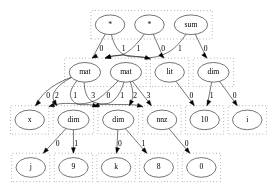
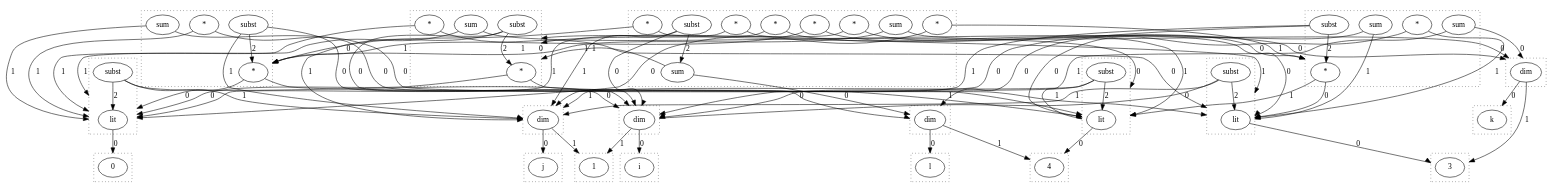
One commit to wormhole-optimization/warp changed the diagram in dots/test.dot. Above: the diagram before and after it, drawn with Graphviz. The commit also changed 9 other files, not shown here.

```diff
--- a/dots/test.dot
+++ b/dots/test.dot
@@ -1,88 +1,168 @@
 digraph {
   compound=true
   subgraph cluster_0 {
     style=dotted
     0.0[label = "i"]
   }
   subgraph cluster_1 {
     style=dotted
-    1.0[label = "10"]
+    1.0[label = "1"]
   }
   subgraph cluster_2 {
     style=dotted
     2.0[label = "dim"]
   }
   subgraph cluster_3 {
     style=dotted
-    3.0[label = "x"]
+    3.0[label = "j"]
   }
   subgraph cluster_4 {
     style=dotted
-    4.0[label = "j"]
+    4.0[label = "dim"]
   }
   subgraph cluster_5 {
     style=dotted
-    5.0[label = "9"]
+    5.0[label = "k"]
   }
   subgraph cluster_6 {
     style=dotted
-    6.0[label = "dim"]
+    6.0[label = "3"]
   }
   subgraph cluster_7 {
     style=dotted
-    7.0[label = "k"]
+    7.0[label = "dim"]
   }
   subgraph cluster_8 {
     style=dotted
-    8.0[label = "8"]
+    8.0[label = "l"]
   }
   subgraph cluster_9 {
     style=dotted
-    9.0[label = "dim"]
+    9.0[label = "4"]
   }
   subgraph cluster_10 {
     style=dotted
-    10.0[label = "0"]
+    10.0[label = "dim"]
   }
   subgraph cluster_11 {
     style=dotted
-    11.0[label = "nnz"]
-  }
-  subgraph cluster_12 {
-    style=dotted
-    12.0[label = "mat"]
-    12.1[label = "mat"]
-  }
-  subgraph cluster_13 {
-    style=dotted
-    13.0[label = "*"]
-    13.1[label = "sum"]
-    13.2[label = "*"]
+    11.0[label = "0"]
   }
   subgraph cluster_15 {
     style=dotted
-    15.0[label = "lit"]
+    15.0[label = "sum"]
+    15.1[label = "subst"]
+    15.2[label = "sum"]
+    15.3[label = "*"]
+    15.4[label = "*"]
+    15.5[label = "*"]
+    15.6[label = "*"]
+    15.7[label = "*"]
+    15.8[label = "*"]
+  }
+  subgraph cluster_24 {
+    style=dotted
+    24.0[label = "*"]
+    24.1[label = "sum"]
+    24.2[label = "subst"]
+    24.3[label = "*"]
+    24.4[label = "sum"]
+  }
+  subgraph cluster_28 {
+    style=dotted
+    28.0[label = "*"]
+    28.1[label = "sum"]
+    28.2[label = "*"]
+    28.3[label = "subst"]
+  }
+  subgraph cluster_30 {
+    style=dotted
+    30.0[label = "*"]
+    30.1[label = "sum"]
+    30.2[label = "*"]
+    30.3[label = "subst"]
+  }
+  subgraph cluster_44 {
+    style=dotted
+    44.0[label = "lit"]
+    44.1[label = "subst"]
+  }
+  subgraph cluster_46 {
+    style=dotted
+    46.0[label = "lit"]
+    46.1[label = "subst"]
+  }
+  subgraph cluster_48 {
+    style=dotted
+    48.0[label = "lit"]
+    48.1[label = "subst"]
   }
   2.0 -> 0.0 [lhead = cluster_0, label = 0]
   2.0 -> 1.0 [lhead = cluster_1, label = 1]
-  6.0 -> 4.0 [lhead = cluster_4, label = 0]
-  6.0 -> 5.0 [lhead = cluster_5, label = 1]
-  9.0 -> 7.0 [lhead = cluster_7, label = 0]
-  9.0 -> 8.0 [lhead = cluster_8, label = 1]
-  11.0 -> 10.0 [lhead = cluster_10, label = 0]
-  12.0 -> 3.0 [lhead = cluster_3, label = 0]
-  12.0 -> 9.0 [lhead = cluster_9, label = 1]
-  12.0 -> 6.0 [lhead = cluster_6, label = 2]
-  12.0 -> 11.0 [lhead = cluster_11, label = 3]
-  12.1 -> 3.0 [lhead = cluster_3, label = 0]
-  12.1 -> 6.0 [lhead = cluster_6, label = 1]
-  12.1 -> 9.0 [lhead = cluster_9, label = 2]
-  12.1 -> 11.0 [lhead = cluster_11, label = 3]
-  13.0 -> 12.0 [lhead = cluster_12, label = 0]
-  13.0 -> 15.0 [lhead = cluster_15, label = 1]
-  13.1 -> 2.0 [lhead = cluster_2, label = 0]
-  13.1 -> 12.0 [lhead = cluster_12, label = 1]
-  13.2 -> 15.0 [lhead = cluster_15, label = 0]
-  13.2 -> 12.0 [lhead = cluster_12, label = 1]
-  15.0 -> 1.0 [lhead = cluster_1, label = 0]
+  4.0 -> 3.0 [lhead = cluster_3, label = 0]
+  4.0 -> 1.0 [lhead = cluster_1, label = 1]
+  7.0 -> 5.0 [lhead = cluster_5, label = 0]
+  7.0 -> 6.0 [lhead = cluster_6, label = 1]
+  10.0 -> 8.0 [lhead = cluster_8, label = 0]
+  10.0 -> 9.0 [lhead = cluster_9, label = 1]
+  15.0 -> 10.0 [lhead = cluster_10, label = 0]
+  15.0 -> 28.0 [lhead = cluster_28, label = 1]
+  15.1 -> 2.0 [lhead = cluster_2, label = 0]
+  15.1 -> 4.0 [lhead = cluster_4, label = 1]
+  15.1 -> 15.0 [lhead = cluster_15, label = 2]
+  15.2 -> 7.0 [lhead = cluster_7, label = 0]
+  15.2 -> 30.0 [lhead = cluster_30, label = 1]
+  15.3 -> 28.0 [lhead = cluster_28, label = 0]
+  15.3 -> 44.0 [lhead = cluster_44, label = 1]
+  15.4 -> 30.0 [lhead = cluster_30, label = 0]
+  15.4 -> 46.0 [lhead = cluster_46, label = 1]
+  15.5 -> 48.0 [lhead = cluster_48, label = 0]
+  15.5 -> 24.0 [lhead = cluster_24, label = 1]
+  15.6 -> 44.0 [lhead = cluster_44, label = 0]
+  15.6 -> 28.0 [lhead = cluster_28, label = 1]
+  15.7 -> 46.0 [lhead = cluster_46, label = 0]
+  15.7 -> 30.0 [lhead = cluster_30, label = 1]
+  15.8 -> 24.0 [lhead = cluster_24, label = 0]
+  15.8 -> 48.0 [lhead = cluster_48, label = 1]
+  24.0 -> 46.0 [lhead = cluster_46, label = 0]
+  24.0 -> 44.0 [lhead = cluster_44, label = 1]
+  24.1 -> 10.0 [lhead = cluster_10, label = 0]
+  24.1 -> 46.0 [lhead = cluster_46, label = 1]
+  24.2 -> 2.0 [lhead = cluster_2, label = 0]
+  24.2 -> 4.0 [lhead = cluster_4, label = 1]
+  24.2 -> 24.0 [lhead = cluster_24, label = 2]
+  24.3 -> 44.0 [lhead = cluster_44, label = 0]
+  24.3 -> 46.0 [lhead = cluster_46, label = 1]
+  24.4 -> 7.0 [lhead = cluster_7, label = 0]
+  24.4 -> 44.0 [lhead = cluster_44, label = 1]
+  28.0 -> 48.0 [lhead = cluster_48, label = 0]
+  28.0 -> 46.0 [lhead = cluster_46, label = 1]
+  28.1 -> 7.0 [lhead = cluster_7, label = 0]
+  28.1 -> 48.0 [lhead = cluster_48, label = 1]
+  28.2 -> 46.0 [lhead = cluster_46, label = 0]
+  28.2 -> 48.0 [lhead = cluster_48, label = 1]
+  28.3 -> 2.0 [lhead = cluster_2, label = 0]
+  28.3 -> 4.0 [lhead = cluster_4, label = 1]
+  28.3 -> 28.0 [lhead = cluster_28, label = 2]
+  30.0 -> 48.0 [lhead = cluster_48, label = 0]
+  30.0 -> 44.0 [lhead = cluster_44, label = 1]
+  30.1 -> 10.0 [lhead = cluster_10, label = 0]
+  30.1 -> 48.0 [lhead = cluster_48, label = 1]
+  30.2 -> 44.0 [lhead = cluster_44, label = 0]
+  30.2 -> 48.0 [lhead = cluster_48, label = 1]
+  30.3 -> 2.0 [lhead = cluster_2, label = 0]
+  30.3 -> 4.0 [lhead = cluster_4, label = 1]
+  30.3 -> 30.0 [lhead = cluster_30, label = 2]
+  44.0 -> 9.0 [lhead = cluster_9, label = 0]
+  44.1 -> 2.0 [lhead = cluster_2, label = 0]
+  44.1 -> 4.0 [lhead = cluster_4, label = 1]
+  44.1 -> 44.0 [lhead = cluster_44, label = 2]
+  46.0 -> 6.0 [lhead = cluster_6, label = 0]
+  46.1 -> 2.0 [lhead = cluster_2, label = 0]
+  46.1 -> 4.0 [lhead = cluster_4, label = 1]
+  46.1 -> 46.0 [lhead = cluster_46, label = 2]
+  48.0 -> 11.0 [lhead = cluster_11, label = 0]
+  48.1 -> 2.0 [lhead = cluster_2, label = 0]
+  48.1 -> 4.0 [lhead = cluster_4, label = 1]
+  48.1 -> 48.0 [lhead = cluster_48, label = 2]
 }
```
